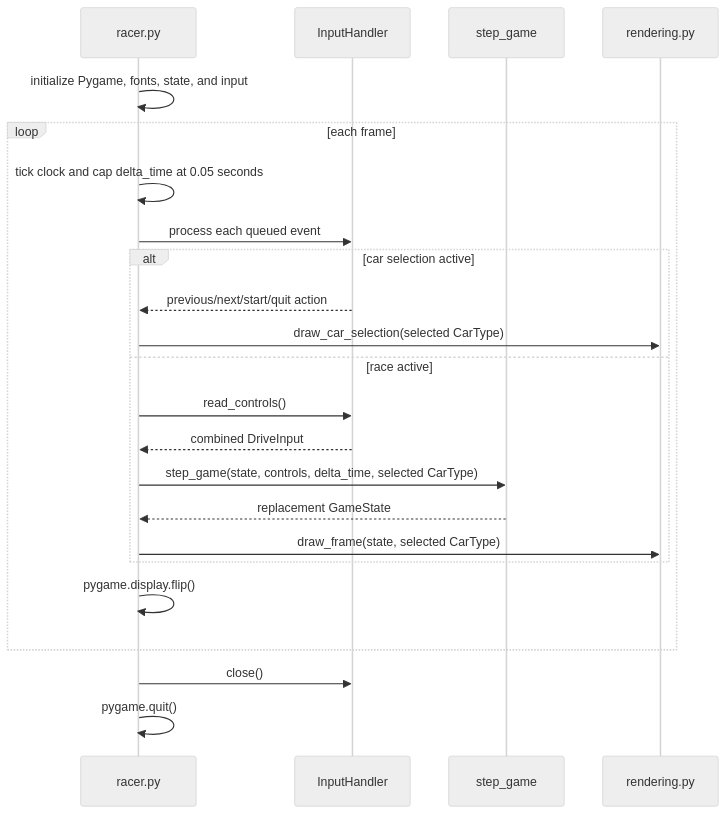
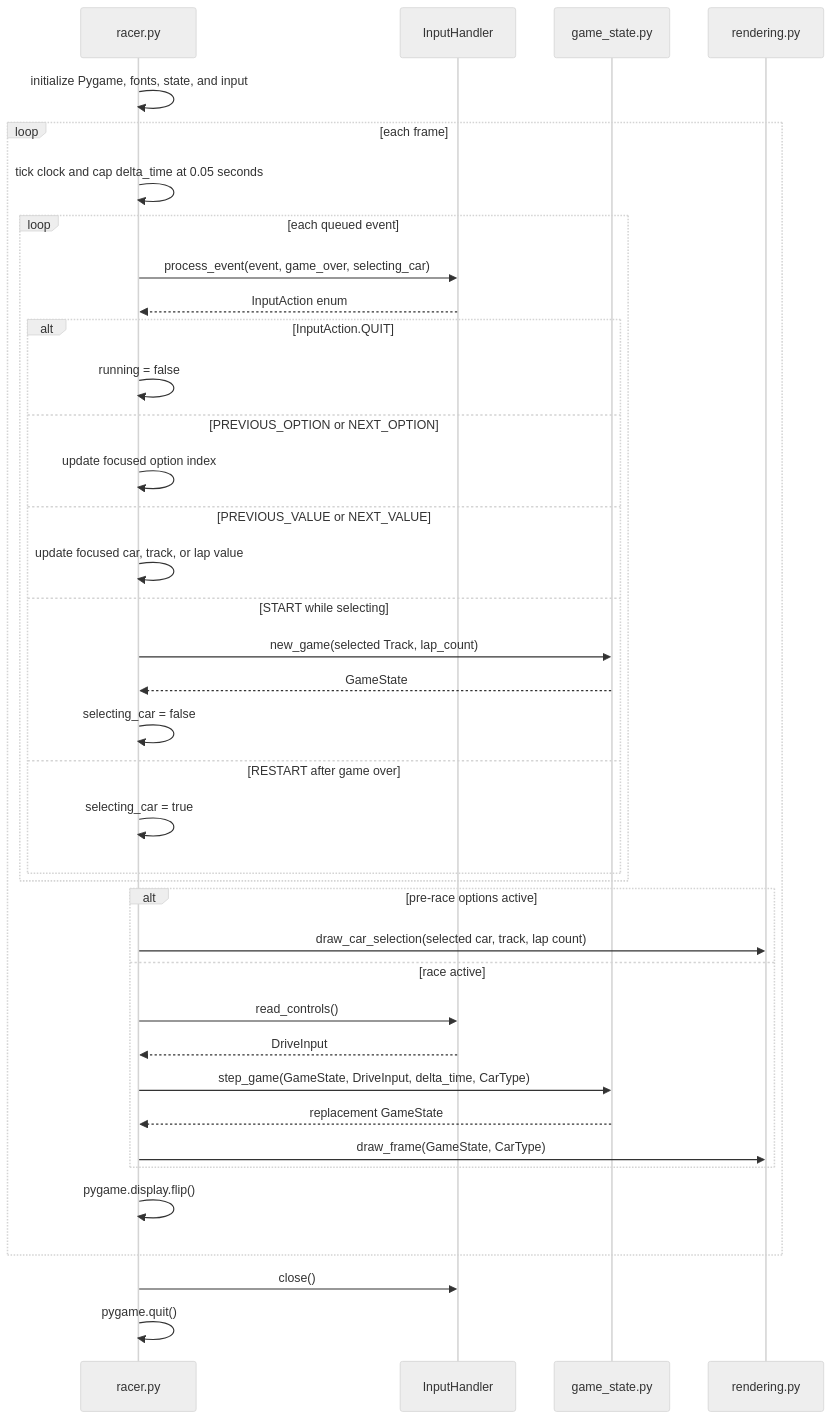
Before and after one commit to OMerkel/yet_another_racer: the second of 3 diagrams in doc/software_architecture.md, drawn with Mermaid (neutral theme). The commit also changed other lines of this file and 24 other files, not shown here.

````diff
--- a/doc/software_architecture.md
+++ b/doc/software_architecture.md
@@ -49,26 +71,41 @@
 ```mermaid
 sequenceDiagram
     participant App as racer.py
     participant Input as InputHandler
-    participant Sim as step_game
+    participant State as game_state.py
     participant Draw as rendering.py
 
     App->>App: initialize Pygame, fonts, state, and input
     loop each frame
         App->>App: tick clock and cap delta_time at 0.05 seconds
-        App->>Input: process each queued event
-        alt car selection active
-            Input-->>App: previous/next/start/quit action
-            App->>Draw: draw_car_selection(selected CarType)
+        loop each queued event
+            App->>Input: process_event(event, game_over, selecting_car)
+            Input-->>App: InputAction enum
+            alt InputAction.QUIT
+                App->>App: running = false
+            else PREVIOUS_OPTION or NEXT_OPTION
+                App->>App: update focused option index
+            else PREVIOUS_VALUE or NEXT_VALUE
+                App->>App: update focused car, track, or lap value
+            else START while selecting
+                App->>State: new_game(selected Track, lap_count)
+                State-->>App: GameState
+                App->>App: selecting_car = false
+            else RESTART after game over
+                App->>App: selecting_car = true
+            end
+        end
+        alt pre-race options active
+            App->>Draw: draw_car_selection(selected car, track, lap count)
         else race active
             App->>Input: read_controls()
-            Input-->>App: combined DriveInput
-            App->>Sim: step_game(state, controls, delta_time, selected CarType)
-            Sim-->>App: replacement GameState
-            App->>Draw: draw_frame(state, selected CarType)
+            Input-->>App: DriveInput
+            App->>State: step_game(GameState, DriveInput, delta_time, CarType)
+            State-->>App: replacement GameState
+            App->>Draw: draw_frame(GameState, CarType)
         end
         App->>App: pygame.display.flip()
     end
     App->>Input: close()
     App->>App: pygame.quit()
 ```
````
